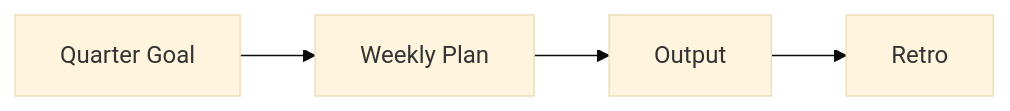
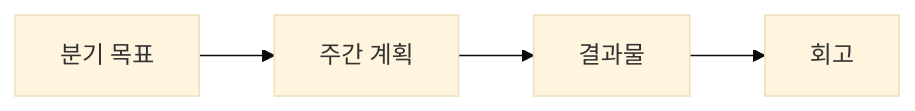
Before and after one commit to yeongseon-books/book-content: the diagram in content/developer-career-101/ko/03-learning-plan.md, drawn with Mermaid (base theme). The commit also changed other lines of this file and 9 other files, not shown here.

````diff
--- a/content/developer-career-101/ko/03-learning-plan.md
+++ b/content/developer-career-101/ko/03-learning-plan.md
@@ -33,6 +46,6 @@
 ```mermaid
 flowchart LR
-    Q[Quarter Goal] --> W[Weekly Plan]
-    W --> O[Output]
-    O --> R[Retro]
+    Q[분기 목표] --> W[주간 계획]
+    W --> O[결과물]
+    O --> R[회고]
 ```
````
